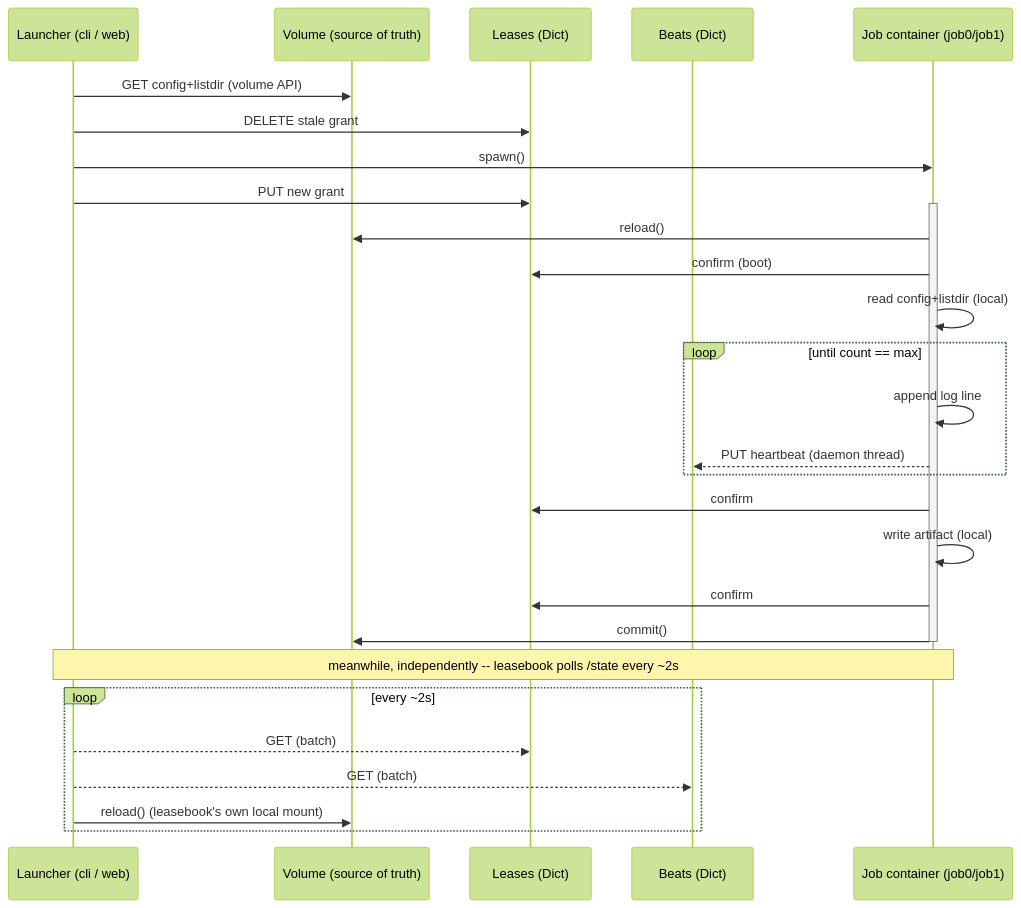
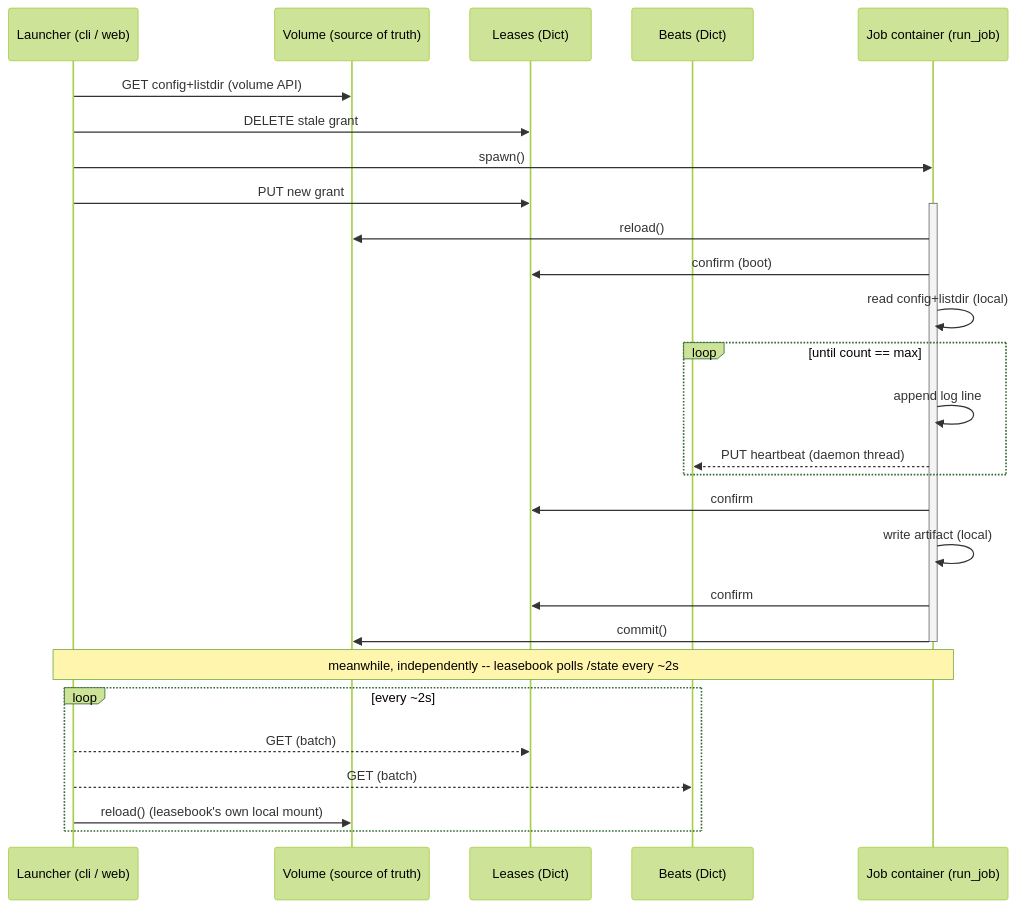
One commit to ocanphys/launchpad changed the diagram in README.md. Above: the diagram before and after it, drawn with Mermaid (forest theme). The commit also changed other lines of this file and 7 other files, not shown here.

````diff
--- a/README.md
+++ b/README.md
@@ -51,36 +100,36 @@
 ```mermaid
 sequenceDiagram
     participant L as Launcher (cli / web)
     participant V as Volume (source of truth)
     participant Le as Leases (Dict)
     participant B as Beats (Dict)
-    participant J as Job container (job0/job1)
+    participant J as Job container (run_job)
 
     L->>V: GET config+listdir (volume API)
     L->>Le: DELETE stale grant
     L->>J: spawn()
     L->>Le: PUT new grant
 
     activate J
     J->>V: reload()
     J->>Le: confirm (boot)
     J->>J: read config+listdir (local)
 
     loop until count == max
         J->>J: append log line
         J-->>B: PUT heartbeat (daemon thread)
     end
 
     J->>Le: confirm
     J->>J: write artifact (local)
     J->>Le: confirm
     J->>V: commit()
     deactivate J
 
     Note over L,J: meanwhile, independently -- leasebook polls /state every ~2s
     loop every ~2s
         L-->>Le: GET (batch)
         L-->>B: GET (batch)
         L->>V: reload() (leasebook's own local mount)
     end
 ```
````
